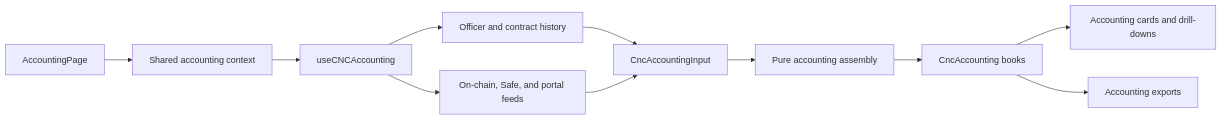
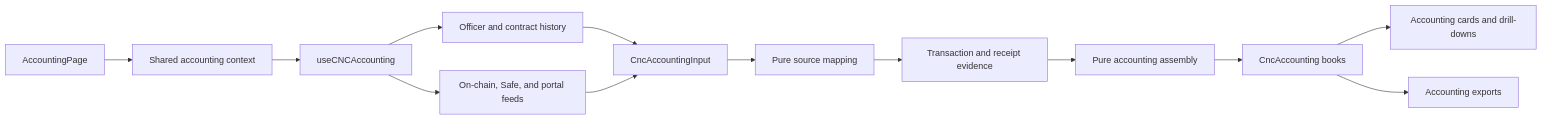
One commit to globe-and-citizen/cnc-portal changed the first of 5 diagrams in docs/implementation/accounting-read-model/README.md. Above: the diagram before and after it, drawn with Mermaid. The commit also changed other lines of this file and 4 other files, not shown here.

````diff
--- a/docs/implementation/accounting-read-model/README.md
+++ b/docs/implementation/accounting-read-model/README.md
@@ -17,13 +17,15 @@
 ```mermaid
 flowchart LR
     page[AccountingPage] --> context[Shared accounting context]
     context --> dataLayer[useCNCAccounting]
     dataLayer --> history[Officer and contract history]
     dataLayer --> feeds[On-chain, Safe, and portal feeds]
     history --> input[CncAccountingInput]
     feeds --> input
-    input --> assembly[Pure accounting assembly]
+    input --> mapped[Pure source mapping]
+    mapped --> evidence[Transaction and receipt evidence]
+    evidence --> assembly[Pure accounting assembly]
     assembly --> books[CncAccounting books]
     books --> cards[Accounting cards and drill-downs]
     books --> exports[Accounting exports]
 ```
````
